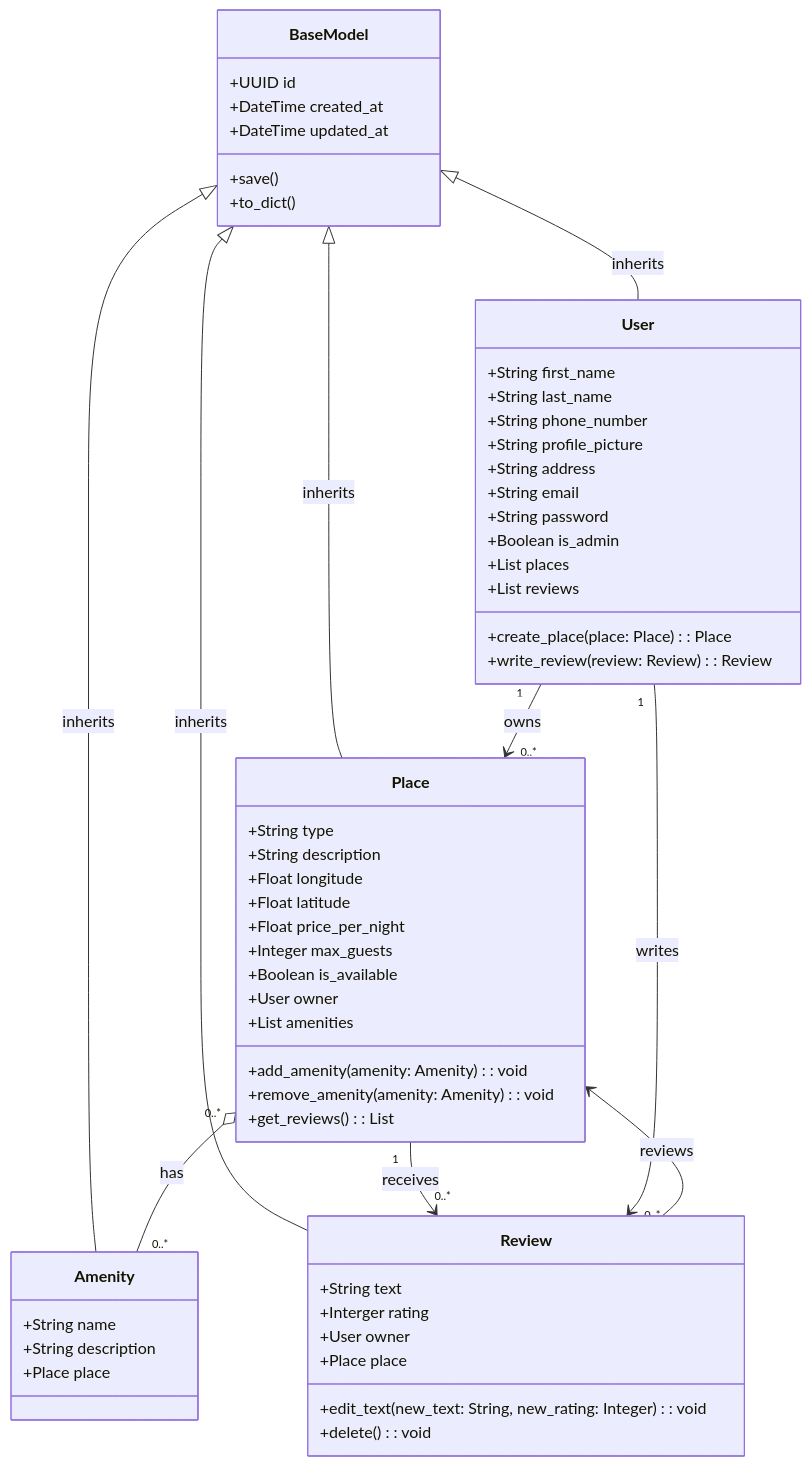
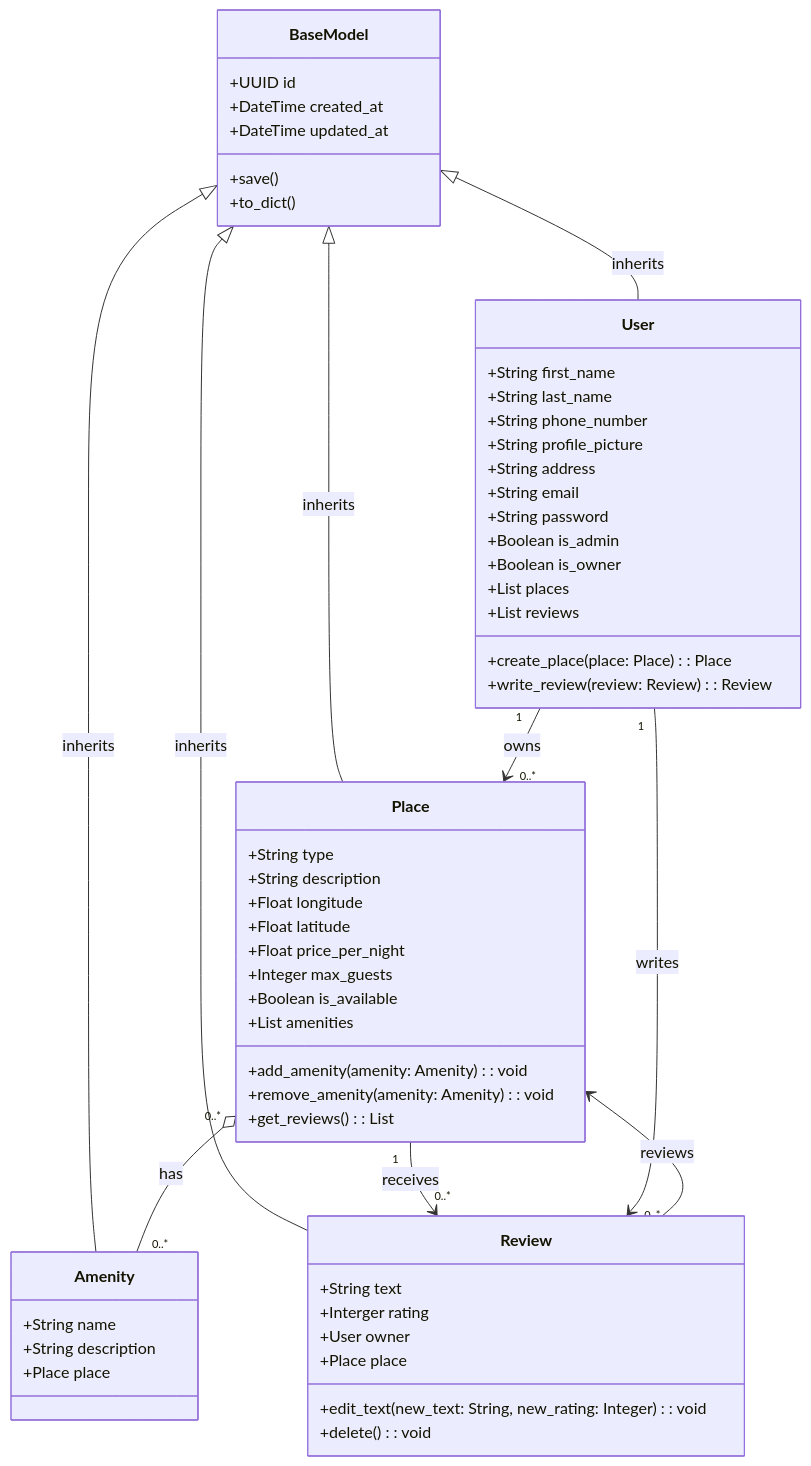
One commit to ItsZmainDev/holbertonschool-hbnb changed the diagram in part1/Detailed Class Diagram for Business Logic Layer.mmd. Above: the diagram before and after it, drawn with Mermaid.

Commit message:
Update place model, remove owner and add is_owner on User model

```diff
--- a/part1/Detailed Class Diagram for Business Logic Layer.mmd
+++ b/part1/Detailed Class Diagram for Business Logic Layer.mmd
@@ -1,66 +1,67 @@
 classDiagram
     class BaseModel {
         +UUID id
         +DateTime created_at
         +DateTime updated_at
         +save()
         +to_dict()
     }
 
     class User {
         +String first_name
         +String last_name
         +String phone_number
         +String profile_picture
         +String address
         +String email
         +String password
         +Boolean is_admin
+        +Boolean is_owner
         +List<Place> places
         +List<Review> reviews
         +create_place(place: Place): Place
         +write_review(review: Review): Review
     }
 
     class Place {
         +String type
         +String description
         +Float longitude
         +Float latitude
         +Float price_per_night
         +Integer max_guests
         +Boolean is_available
-        +User owner
+        %% +User owner
         +List<Amenity> amenities
         +add_amenity(amenity: Amenity): void
         +remove_amenity(amenity: Amenity): void
         +get_reviews(): List<Review>
     }
 
     class Amenity {
         +String name
         +String description
         +Place place
     }
 
     class Review {
         +String text
         +Interger rating
         +User owner
         +Place place
         +edit_text(new_text: String, new_rating: Integer): void
         +delete(): void
     }
 
     %% Inheritance
     BaseModel <|-- User : inherits
     BaseModel <|-- Place : inherits
     BaseModel <|-- Amenity : inherits
     BaseModel <|-- Review : inherits
 
     %% Relationships
     User "1" --> "0..*" Place : owns
     Place "0..*" o-- "0..*" Amenity : has
     Place "1" --> "0..*" Review : receives
     User "1" --> "0..*" Review : writes
     Review --> Place: reviews
```
